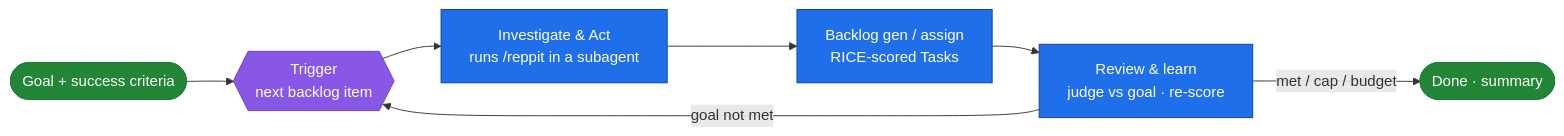
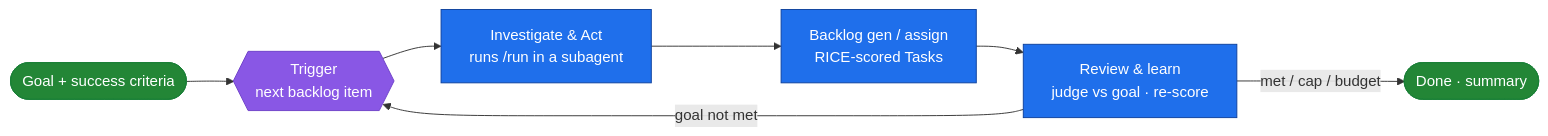
One commit to NilsWidal/loobster changed the second of 3 diagrams in README.md. Above: the diagram before and after it, drawn with Mermaid. The commit also changed other lines of this file and 25 other files, not shown here.

````diff
--- a/README.md
+++ b/README.md
@@ -113,16 +113,16 @@
 ```mermaid
 flowchart LR
     Goal([Goal + success criteria]) --> T{{"Trigger<br/>next backlog item"}}
-    T --> IA["Investigate &amp; Act<br/>runs /reppit in a subagent"]
+    T --> IA["Investigate &amp; Act<br/>runs /run in a subagent"]
     IA --> BG["Backlog gen / assign<br/>RICE-scored Tasks"]
     BG --> RL["Review &amp; learn<br/>judge vs goal · re-score"]
     RL -->|goal not met| T
     RL -->|met / cap / budget| Done([Done · summary])
 
     classDef step fill:#1f6feb,stroke:#0d419d,color:#fff;
     classDef gate fill:#8957e5,stroke:#6e40c9,color:#fff;
     classDef term fill:#238636,stroke:#1a7f37,color:#fff;
     class IA,BG,RL step
     class T gate
     class Goal,Done term
 ```
````
